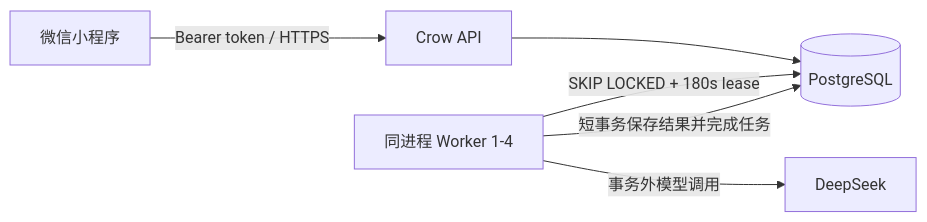
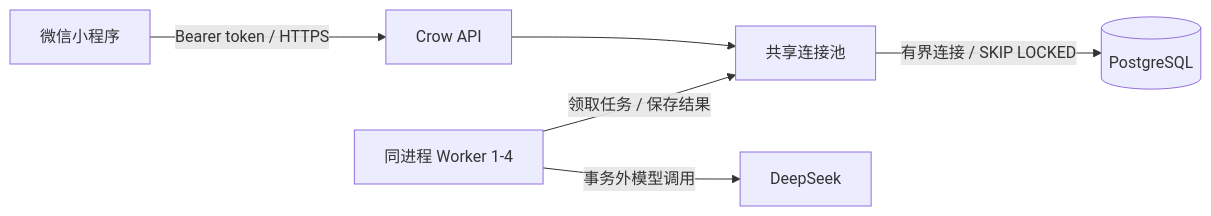
One commit to chinesemisaka/Oral-Training changed the diagram in docs/后端构建方案.md. Above: the diagram before and after it, drawn with Mermaid. The commit also changed other lines of this file and 23 other files, not shown here.

````diff
--- a/docs/后端构建方案.md
+++ b/docs/后端构建方案.md
@@ -7,8 +7,8 @@
 ```mermaid
 flowchart LR
   MP["微信小程序"] -->|"Bearer token / HTTPS"| API["Crow API"]
-  API --> DB[("PostgreSQL")]
-  WORKER["同进程 Worker 1-4"] -->|"SKIP LOCKED + 180s lease"| DB
+  API --> POOL["共享连接池"]
+  WORKER["同进程 Worker 1-4"] -->|"领取任务 / 保存结果"| POOL
+  POOL -->|"有界连接 / SKIP LOCKED"| DB[("PostgreSQL")]
   WORKER -->|"事务外模型调用"| DS["DeepSeek"]
-  WORKER -->|"短事务保存结果并完成任务"| DB
 ```
````
